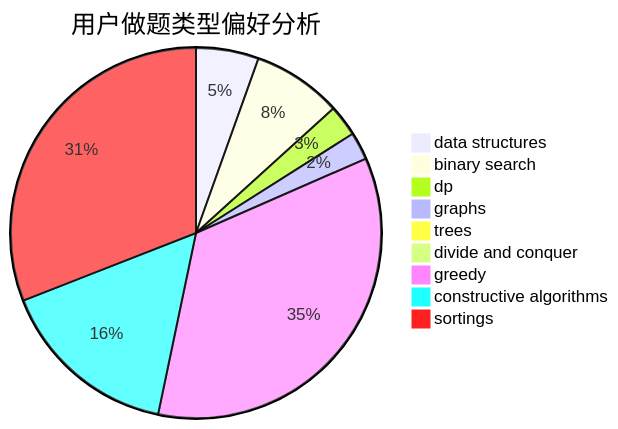
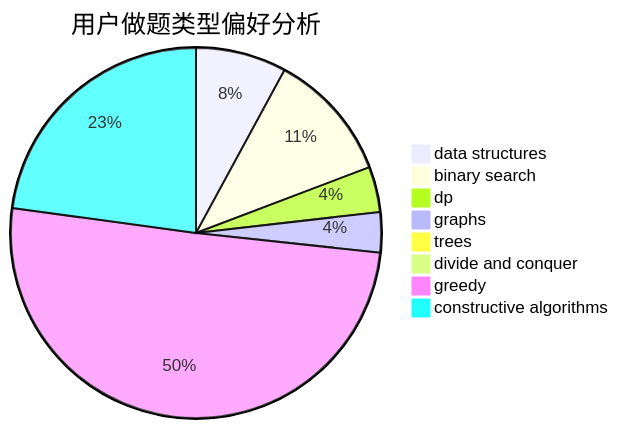
One commit to sherpahu/cfrs.github.io changed the second of 3 diagrams in docs/user/u866.md. Above: the diagram before and after it, drawn with Mermaid. The commit also changed other lines of this file and 2769 other files, not shown here.

````diff
--- a/docs/user/u866.md
+++ b/docs/user/u866.md
@@ -18,12 +18,11 @@
 ```mermaid
 pie title 用户做题类型偏好分析
     "data structures" :  70
     "binary search" :  100
     "dp" :  35
     "graphs" :  31
     "trees" :  1
     "divide and conquer" :  0
     "greedy" :  446
     "constructive algorithms" :  202
-    "sortings" :  396
 ```
````
